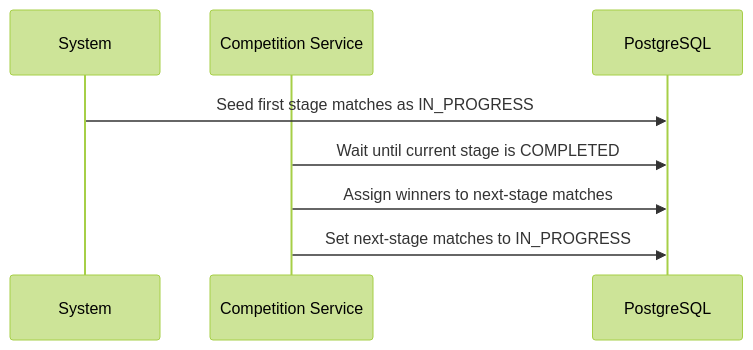
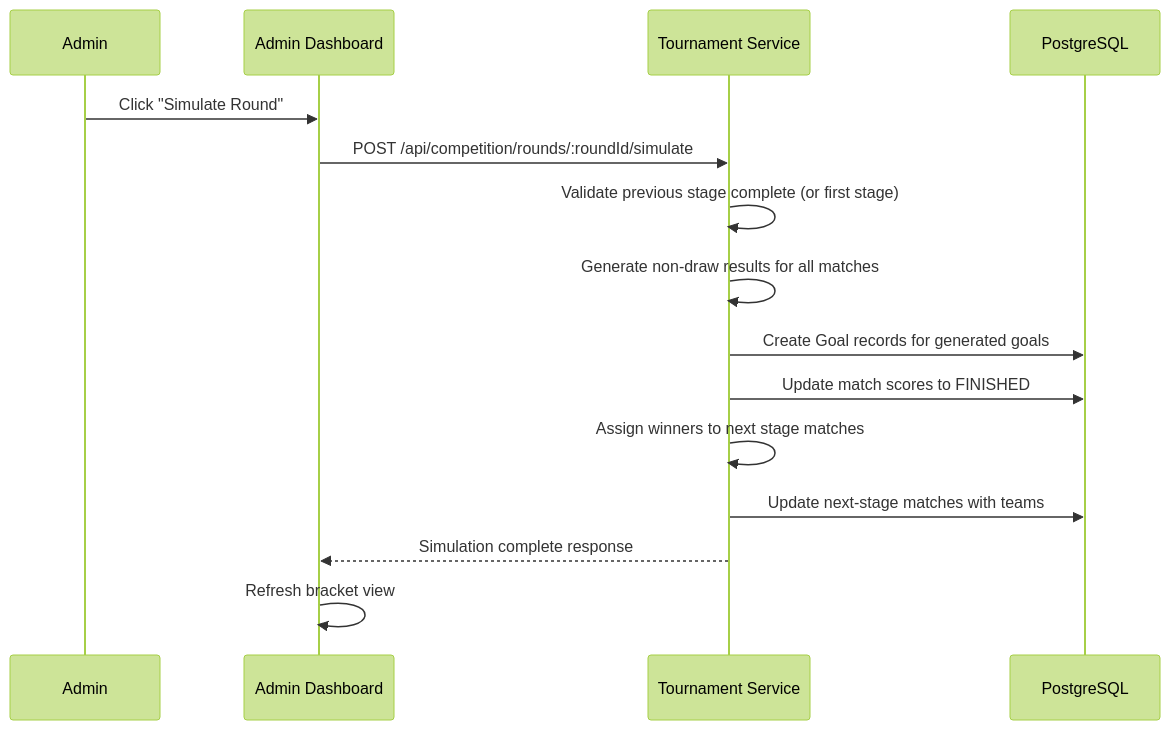
Before and after one commit to sanderkerkhofs/worldcup-manager-2026: the second of 4 diagrams in documenation/05-workflows-sequences.md, drawn with Mermaid (forest theme). The commit also changed other lines of this file and 13 other files, not shown here.

````diff
--- a/documenation/05-workflows-sequences.md
+++ b/documenation/05-workflows-sequences.md
@@ -22,11 +22,18 @@
 ```mermaid
 sequenceDiagram
-    participant SYS as System
-    participant BE as Competition Service
+    participant A as Admin
+    participant FE as Admin Dashboard
+    participant BE as Tournament Service
     participant DB as PostgreSQL
 
-    SYS->>DB: Seed first stage matches as IN_PROGRESS
-    BE->>DB: Wait until current stage is COMPLETED
-    BE->>DB: Assign winners to next-stage matches
-    BE->>DB: Set next-stage matches to IN_PROGRESS
+    A->>FE: Click "Simulate Round"
+    FE->>BE: POST /api/competition/rounds/:roundId/simulate
+    BE->>BE: Validate previous stage complete (or first stage)
+    BE->>BE: Generate non-draw results for all matches
+    BE->>DB: Create Goal records for generated goals
+    BE->>DB: Update match scores to FINISHED
+    BE->>BE: Assign winners to next stage matches
+    BE->>DB: Update next-stage matches with teams
+    BE-->>FE: Simulation complete response
+    FE->>FE: Refresh bracket view
 ```
````
